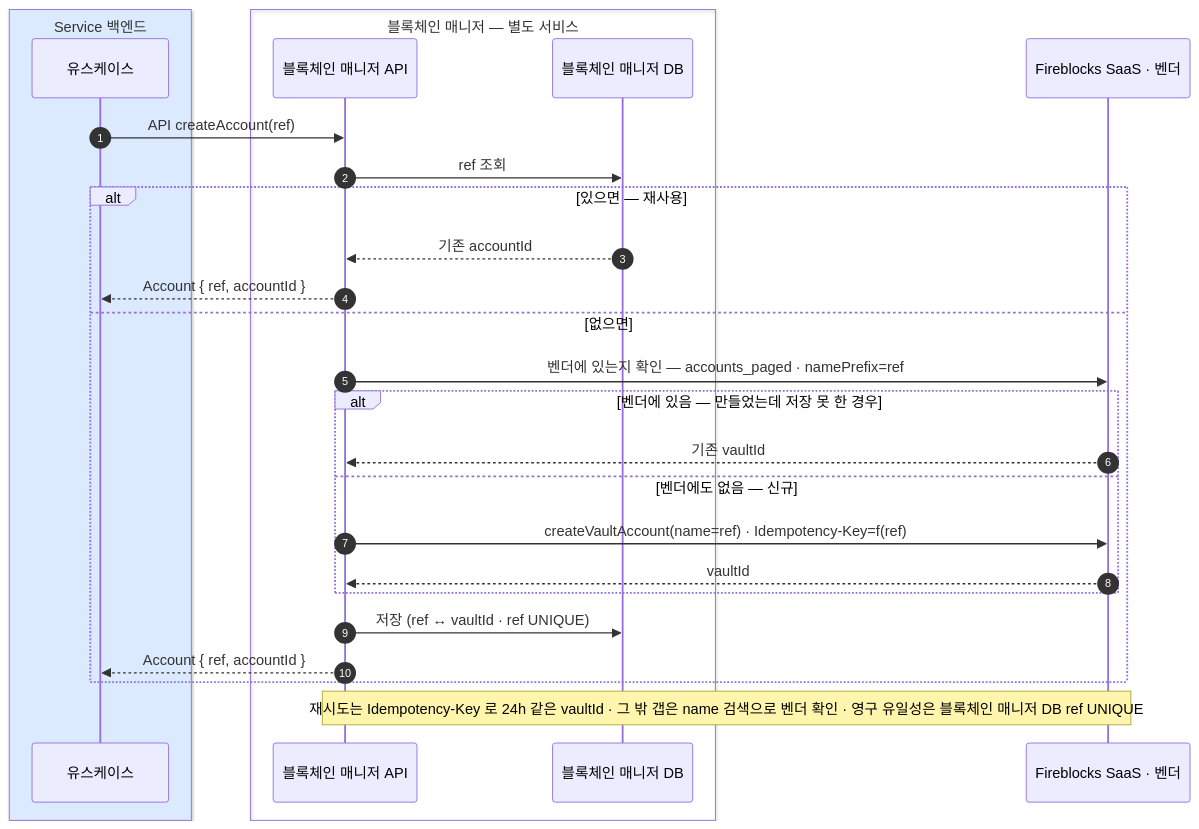
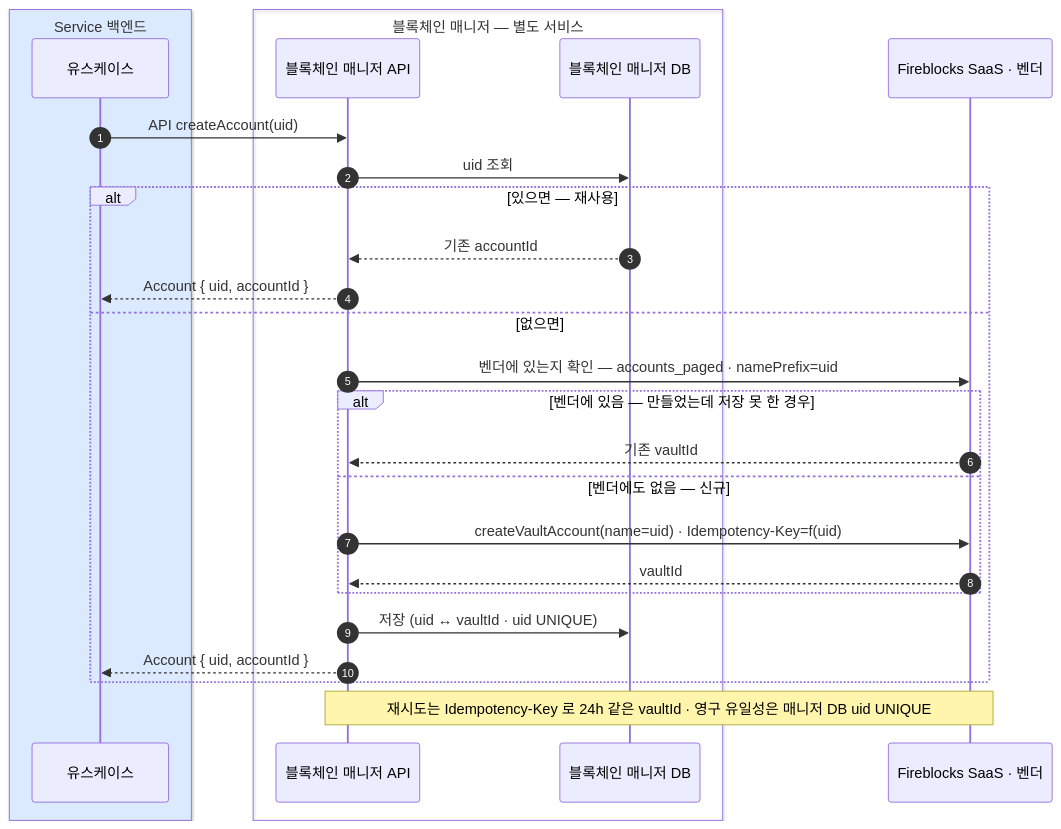
One commit to eunsujeo/eunpus changed the diagram in blockchain-manager/docs/블록체인매니저/설계/01-create-account.md. Above: the diagram before and after it, drawn with Mermaid. The commit also changed other lines of this file and 2 other files, not shown here.

Commit message:
1장 리뷰 반영: ref→uid, → 리턴, "체인과 무관" 제거, 중복방어 절 축약
- createAccount 파라미터·매핑 식별자 ref → uid (00·09 DB 노드 라벨도 일관 반영)
- 시그니처의 → 를 "리턴" 으로
- 카드 리드에서 "체인과 무관한" 제거 (헤딩 EVM 공통과 중복)
- 재시도·중복 방어 3불릿 → 2불릿으로 축약

````diff
--- a/blockchain-manager/docs/블록체인매니저/설계/01-create-account.md
+++ b/blockchain-manager/docs/블록체인매니저/설계/01-create-account.md
@@ -16,30 +16,30 @@
 ```mermaid
 sequenceDiagram
     autonumber
     box rgb(219,234,254) Service 백엔드
     participant BE as 유스케이스
     end
     box 블록체인 매니저 — 별도 서비스
     participant BM as 블록체인 매니저 API
     participant MDB as 블록체인 매니저 DB
     end
     participant FB as Fireblocks SaaS · 벤더
 
-    BE->>BM: API createAccount(ref)
-    BM->>MDB: ref 조회
+    BE->>BM: API createAccount(uid)
+    BM->>MDB: uid 조회
     alt 있으면 — 재사용
         MDB-->>BM: 기존 accountId
-        BM-->>BE: Account { ref, accountId }
+        BM-->>BE: Account { uid, accountId }
     else 없으면
-        BM->>FB: 벤더에 있는지 확인 — accounts_paged · namePrefix=ref
+        BM->>FB: 벤더에 있는지 확인 — accounts_paged · namePrefix=uid
         alt 벤더에 있음 — 만들었는데 저장 못 한 경우
             FB-->>BM: 기존 vaultId
         else 벤더에도 없음 — 신규
-            BM->>FB: createVaultAccount(name=ref) · Idempotency-Key=f(ref)
+            BM->>FB: createVaultAccount(name=uid) · Idempotency-Key=f(uid)
             FB-->>BM: vaultId
         end
-        BM->>MDB: 저장 (ref ↔ vaultId · ref UNIQUE)
-        BM-->>BE: Account { ref, accountId }
+        BM->>MDB: 저장 (uid ↔ vaultId · uid UNIQUE)
+        BM-->>BE: Account { uid, accountId }
     end
-    Note over BM,FB: 재시도는 Idempotency-Key 로 24h 같은 vaultId · 그 밖 갭은 name 검색으로 벤더 확인 · 영구 유일성은 블록체인 매니저 DB ref UNIQUE
+    Note over BM,FB: 재시도는 Idempotency-Key 로 24h 같은 vaultId · 영구 유일성은 매니저 DB uid UNIQUE
 ```
````
